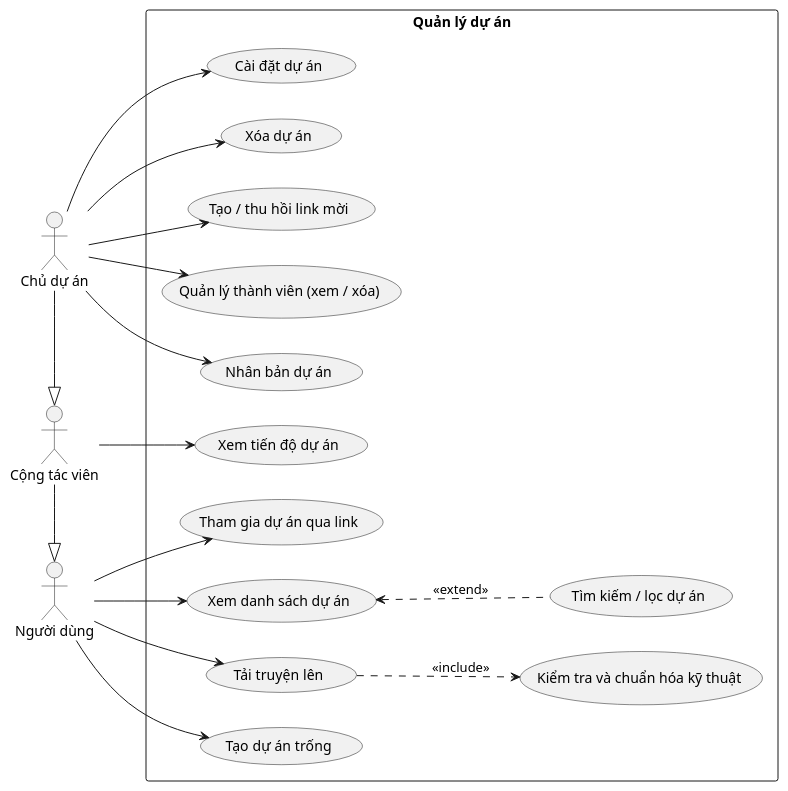
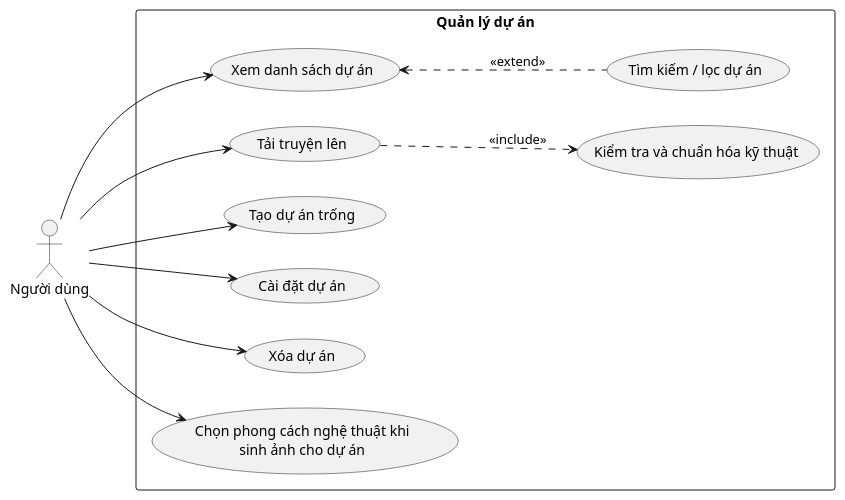
Before and after one commit to 202416852-anhpv/story2video-docs: the diagram in docs/bieu-do-uc/bieu-do-uc-chi-tiet/setup/quan-ly-du-an.puml, drawn with PlantUML. The commit also changed 5 other files, not shown here.

```diff
--- a/docs/bieu-do-uc/bieu-do-uc-chi-tiet/setup/quan-ly-du-an.puml
+++ b/docs/bieu-do-uc/bieu-do-uc-chi-tiet/setup/quan-ly-du-an.puml
@@ -1,40 +1,27 @@
 @startuml quan-ly-du-an
 left to right direction
 
 actor "Người dùng" as User
-actor "Cộng tác viên" as Editor
-actor "Chủ dự án" as Owner
-
-Editor -|> User
-Owner -|> Editor
 
 rectangle "Quản lý dự án" {
     usecase "Xem danh sách dự án" as UC_01
     usecase "Tìm kiếm / lọc dự án" as UC_02
     usecase "Tải truyện lên" as UC_03
     usecase "Kiểm tra và chuẩn hóa kỹ thuật" as UC_03a
     usecase "Tạo dự án trống" as UC_04
     usecase "Cài đặt dự án" as UC_05
     usecase "Xóa dự án" as UC_06
-    usecase "Tạo / thu hồi link mời" as UC_07
-    usecase "Quản lý thành viên (xem / xóa)" as UC_08
-    usecase "Tham gia dự án qua link" as UC_09
-    usecase "Xem tiến độ dự án" as UC_10
-    usecase "Nhân bản dự án" as UC_11
+    usecase "Chọn phong cách nghệ thuật khi\nsinh ảnh cho dự án" as UC_07
 }
 
 User --> UC_01
+User --> UC_03
+User --> UC_04
+User --> UC_05
+User --> UC_06
+User --> UC_07
+
 UC_01 <.. UC_02 : <<extend>>
-User --> UC_03
 UC_03 ..> UC_03a : <<include>>
-User --> UC_04
-Owner --> UC_05
-Owner --> UC_06
-Owner --> UC_07
-Owner --> UC_08
-User --> UC_09
-
-Editor --> UC_10
-Owner --> UC_11
 
 @enduml
```
